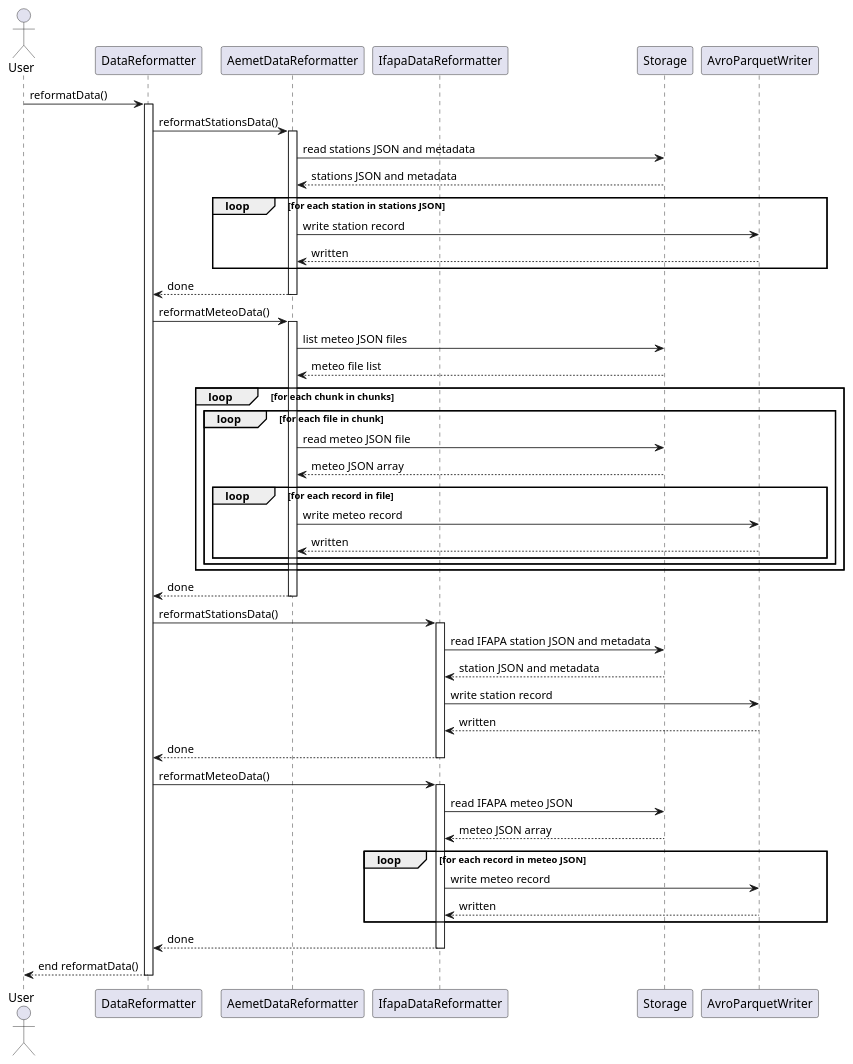
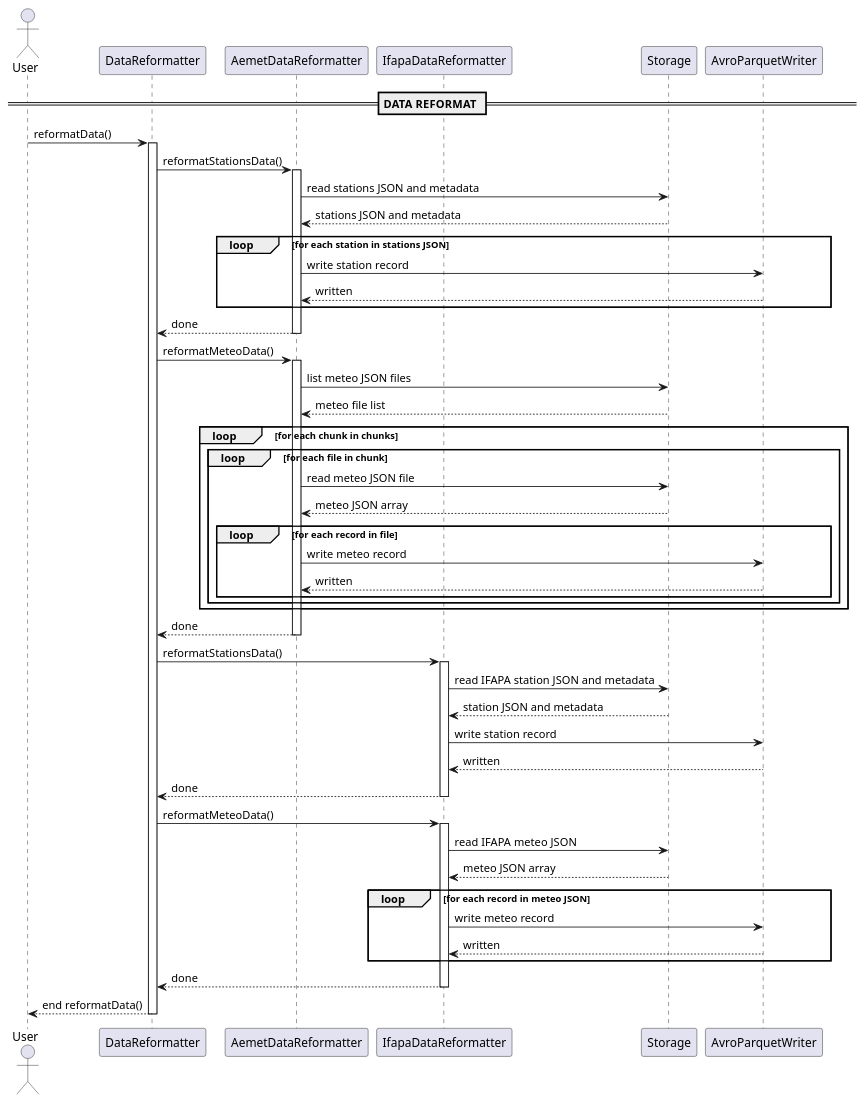
The diagram in big-data-core/documentation/plantuml/data_extraction/data_reformatter_execution.plantuml (cfkr-dev/aemet_spark_study), drawn with PlantUML before and after one commit. The commit also changed 88 other files, not shown here.

Commit message:
Added plantuml diagrams. Regenerated scala documentation.

```diff
--- a/big-data-core/documentation/plantuml/data_extraction/data_reformatter_execution.plantuml
+++ b/big-data-core/documentation/plantuml/data_extraction/data_reformatter_execution.plantuml
@@ -1,65 +1,70 @@
 @startuml
 actor User
 
 participant "DataReformatter" as DATA_REFORMAT
 participant "AemetDataReformatter" as AEMET_REFMT
 participant "IfapaDataReformatter" as IFAPA_REFMT
 participant "Storage" as STORAGE
 participant "AvroParquetWriter" as PARQUET
 
+== DATA REFORMAT ==
+
 User -> DATA_REFORMAT : reformatData()
 activate DATA_REFORMAT
 
+' --- Reformat AEMET stations ---
 DATA_REFORMAT -> AEMET_REFMT : reformatStationsData()
 activate AEMET_REFMT
 AEMET_REFMT -> STORAGE : read stations JSON and metadata
 STORAGE --> AEMET_REFMT : stations JSON and metadata
 loop for each station in stations JSON
   AEMET_REFMT -> PARQUET : write station record
   PARQUET --> AEMET_REFMT : written
 end
 AEMET_REFMT --> DATA_REFORMAT : done
 deactivate AEMET_REFMT
 
+' --- Reformat AEMET meteo ---
 DATA_REFORMAT -> AEMET_REFMT : reformatMeteoData()
 activate AEMET_REFMT
 AEMET_REFMT -> STORAGE : list meteo JSON files
 STORAGE --> AEMET_REFMT : meteo file list
 loop for each chunk in chunks
   loop for each file in chunk
     AEMET_REFMT -> STORAGE : read meteo JSON file
     STORAGE --> AEMET_REFMT : meteo JSON array
     loop for each record in file
       AEMET_REFMT -> PARQUET : write meteo record
       PARQUET --> AEMET_REFMT : written
     end
   end
 end
 AEMET_REFMT --> DATA_REFORMAT : done
 deactivate AEMET_REFMT
 
+' --- Reformat IFAPA stations ---
 DATA_REFORMAT -> IFAPA_REFMT : reformatStationsData()
 activate IFAPA_REFMT
 IFAPA_REFMT -> STORAGE : read IFAPA station JSON and metadata
 STORAGE --> IFAPA_REFMT : station JSON and metadata
 IFAPA_REFMT -> PARQUET : write station record
 PARQUET --> IFAPA_REFMT : written
 IFAPA_REFMT --> DATA_REFORMAT : done
 deactivate IFAPA_REFMT
 
+' --- Reformat IFAPA meteo ---
 DATA_REFORMAT -> IFAPA_REFMT : reformatMeteoData()
 activate IFAPA_REFMT
 IFAPA_REFMT -> STORAGE : read IFAPA meteo JSON
 STORAGE --> IFAPA_REFMT : meteo JSON array
 loop for each record in meteo JSON
   IFAPA_REFMT -> PARQUET : write meteo record
   PARQUET --> IFAPA_REFMT : written
 end
 IFAPA_REFMT --> DATA_REFORMAT : done
 deactivate IFAPA_REFMT
 
 DATA_REFORMAT --> User : end reformatData()
 deactivate DATA_REFORMAT
 
-
 @enduml
```
